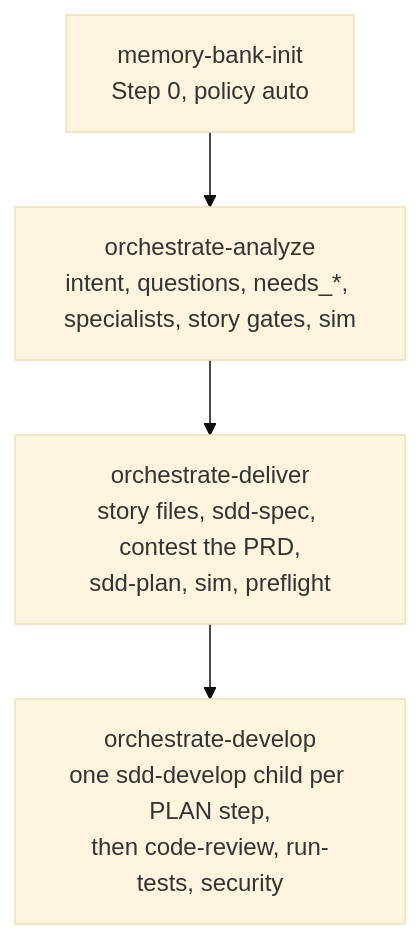
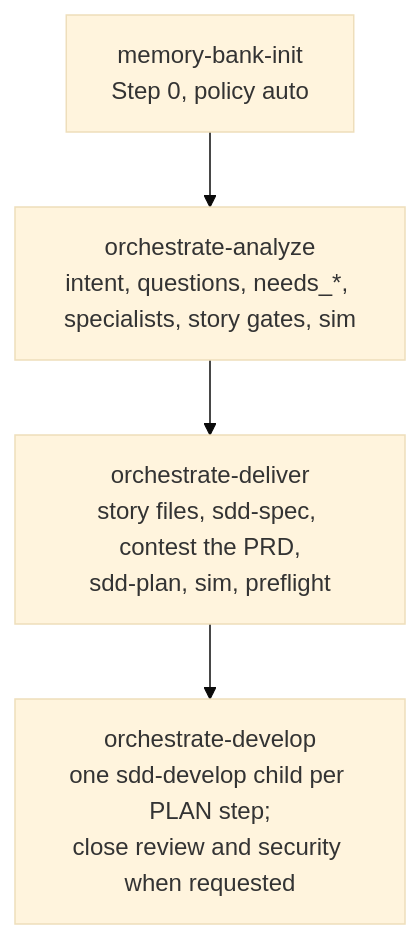
Before and after one commit to tibursocampos/agent-dev-toolkit: the first of 2 diagrams in docs-site/orchestrated-delivery.md, drawn with Mermaid (base theme). The commit also changed other lines of this file and 677 other files, not shown here.

````diff
--- a/docs-site/orchestrated-delivery.md
+++ b/docs-site/orchestrated-delivery.md
@@ -39,8 +39,8 @@
 ```mermaid
 flowchart TD
   step0["memory-bank-init<br/>Step 0, policy auto"]
   o1["orchestrate-analyze<br/>intent, questions, needs_*, specialists, story gates, sim"]
   o2["orchestrate-deliver<br/>story files, sdd-spec, contest the PRD,<br/>sdd-plan, sim, preflight"]
-  o3["orchestrate-develop<br/>one sdd-develop child per PLAN step,<br/>then code-review, run-tests, security"]
+  o3["orchestrate-develop<br/>one sdd-develop child per PLAN step;<br/>close review and security when requested"]
   step0 --> o1 --> o2 --> o3
 ```
````
